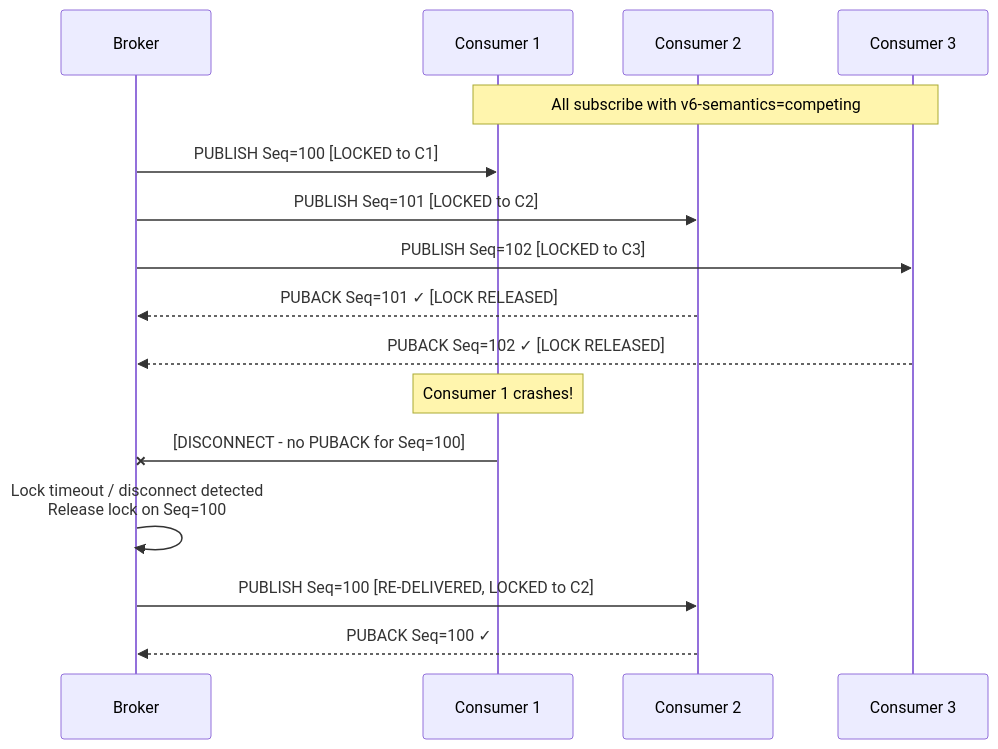
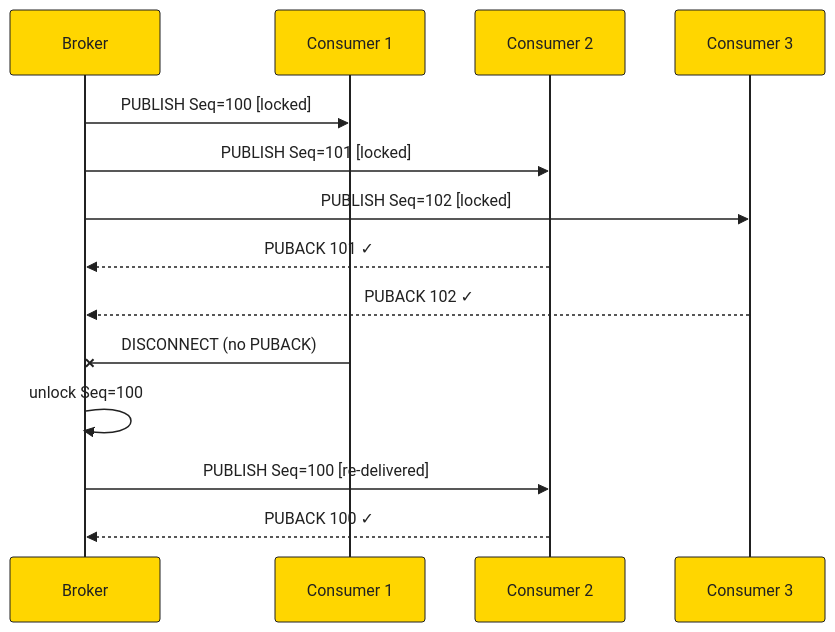
One commit to bsommers/mqtt-6.0-proposal changed the fifth of 8 diagrams in docs/diagrams/packet-flows.md. Above: the diagram before and after it, drawn with Mermaid. The commit also changed other lines of this file and 2 other files, not shown here.

First line of the commit message:
Redesign diagrams with HiveMQ black/yellow, C4, compact layout

````diff
--- a/docs/diagrams/packet-flows.md
+++ b/docs/diagrams/packet-flows.md
@@ -110,24 +92,18 @@
 ```mermaid
+%%{init:{'theme':'base','themeVariables':{'primaryColor':'#FFD600','primaryTextColor':'#212121','primaryBorderColor':'#212121','lineColor':'#212121','actorBkg':'#FFD600','actorBorder':'#212121','actorTextColor':'#212121','noteBkgColor':'#FFF9C4','noteTextColor':'#212121','activationBkgColor':'#FFF9C4','signalColor':'#212121','signalTextColor':'#212121'}}}%%
 sequenceDiagram
     participant B as Broker
     participant C1 as Consumer 1
     participant C2 as Consumer 2
     participant C3 as Consumer 3
 
-    Note over C1,C3: All subscribe with v6-semantics=competing
-
-    B->>C1: PUBLISH Seq=100 [LOCKED to C1]
-    B->>C2: PUBLISH Seq=101 [LOCKED to C2]
-    B->>C3: PUBLISH Seq=102 [LOCKED to C3]
-
-    C2-->>B: PUBACK Seq=101 ✓ [LOCK RELEASED]
-    C3-->>B: PUBACK Seq=102 ✓ [LOCK RELEASED]
-
-    Note over C1: Consumer 1 crashes!
-    C1-xB: [DISCONNECT - no PUBACK for Seq=100]
-
-    B->>B: Lock timeout / disconnect detected<br/>Release lock on Seq=100
-
-    B->>C2: PUBLISH Seq=100 [RE-DELIVERED, LOCKED to C2]
-    C2-->>B: PUBACK Seq=100 ✓
+    B->>C1: PUBLISH Seq=100 [locked]
+    B->>C2: PUBLISH Seq=101 [locked]
+    B->>C3: PUBLISH Seq=102 [locked]
+    C2-->>B: PUBACK 101 ✓
+    C3-->>B: PUBACK 102 ✓
+    C1-xB: DISCONNECT (no PUBACK)
+    B->>B: unlock Seq=100
+    B->>C2: PUBLISH Seq=100 [re-delivered]
+    C2-->>B: PUBACK 100 ✓
 ```
````
